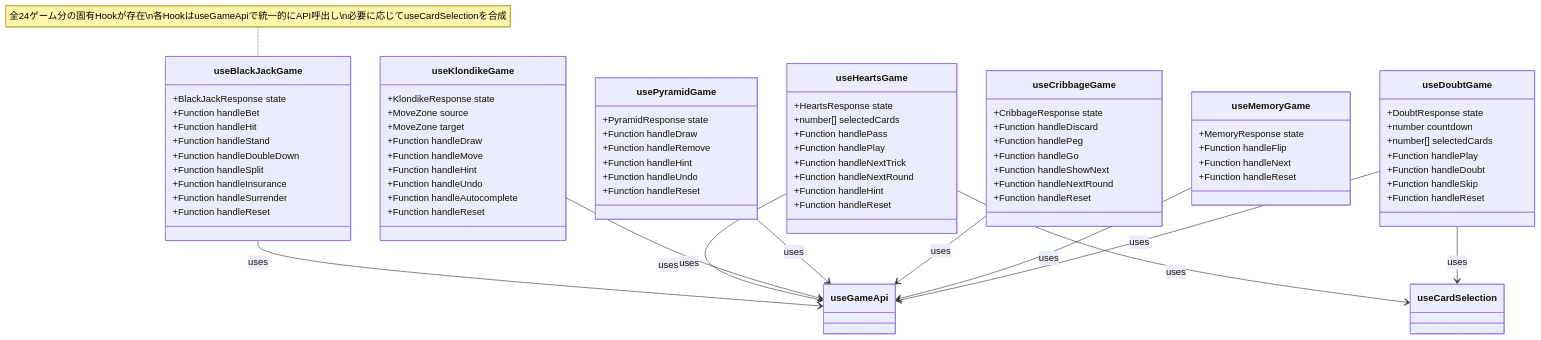
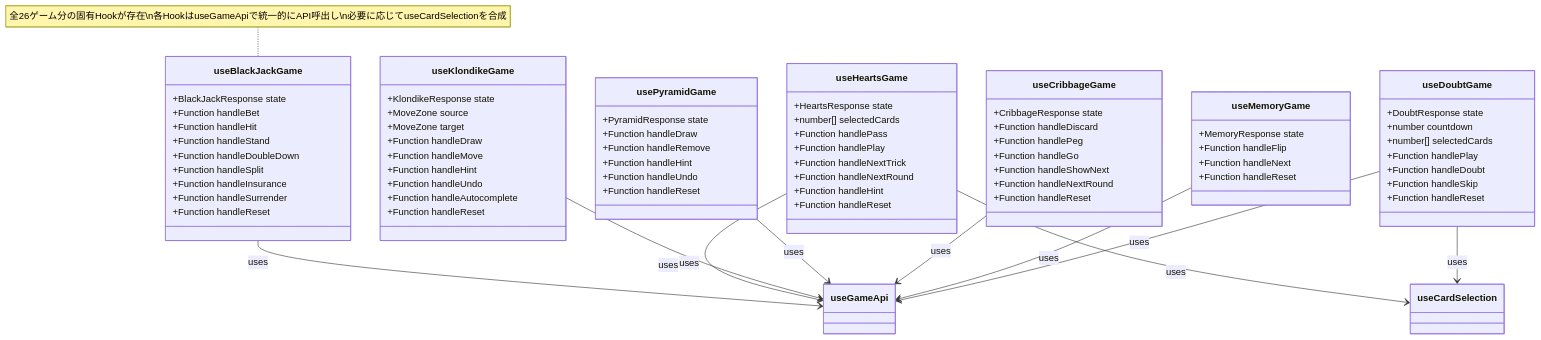
One commit to yuta-yoshinaga/go_trumpcards changed the fifth of 18 diagrams in docs/design/frontend.md. Above: the diagram before and after it, drawn with Mermaid. The commit also changed other lines of this file and 55 other files, not shown here.

````diff
--- a/docs/design/frontend.md
+++ b/docs/design/frontend.md
@@ -543,5 +543,5 @@
     useDoubtGame --> useGameApi : uses
     useDoubtGame --> useCardSelection : uses
 
-    note for useBlackJackGame "全24ゲーム分の固有Hookが存在\n各HookはuseGameApiで統一的にAPI呼出し\n必要に応じてuseCardSelectionを合成"
+    note for useBlackJackGame "全26ゲーム分の固有Hookが存在\n各HookはuseGameApiで統一的にAPI呼出し\n必要に応じてuseCardSelectionを合成"
 ```
````
